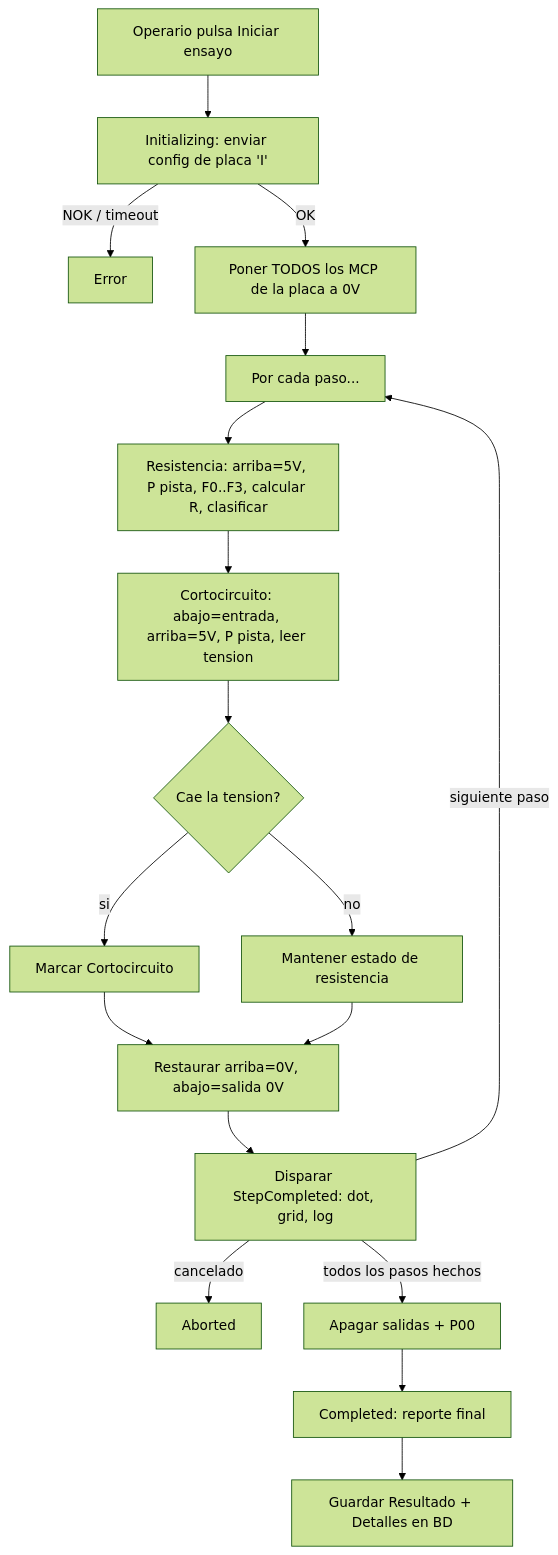
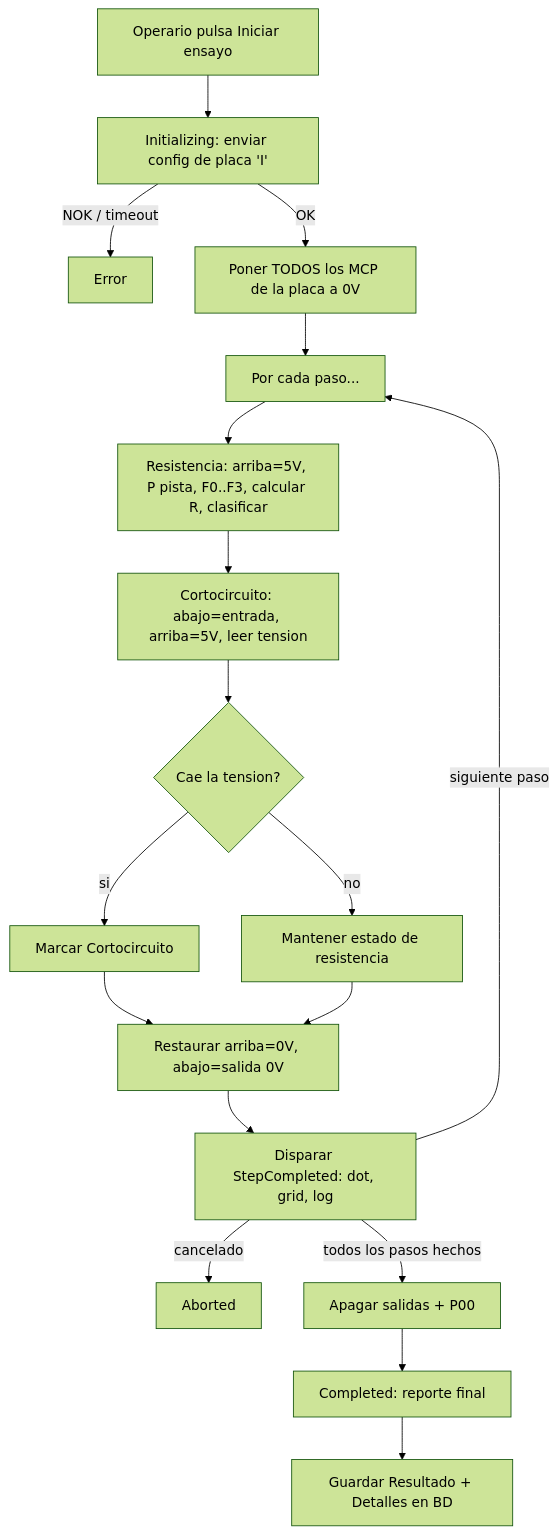
Before and after one commit to EuLantec/PC7866: the diagram in GUIA_MODO_AUTOMATICO.md, drawn with Mermaid (forest theme). The commit also changed other lines of this file and 3 other files, not shown here.

````diff
--- a/GUIA_MODO_AUTOMATICO.md
+++ b/GUIA_MODO_AUTOMATICO.md
@@ -140,20 +139,20 @@
 ```mermaid
 flowchart TD
     A[Operario pulsa Iniciar ensayo] --> B[Initializing: enviar config de placa 'I']
     B -->|NOK / timeout| E[Error]
     B -->|OK| INIT[Poner TODOS los MCP de la placa a 0V]
     INIT --> P0[Por cada paso...]
     P0 --> R1[Resistencia: arriba=5V, P pista, F0..F3, calcular R, clasificar]
-    R1 --> C1[Cortocircuito: abajo=entrada, arriba=5V, P pista, leer tension]
+    R1 --> C1[Cortocircuito: abajo=entrada, arriba=5V, leer tension]
     C1 --> C2{Cae la tension?}
     C2 -->|si| CORTO[Marcar Cortocircuito]
     C2 -->|no| KEEP[Mantener estado de resistencia]
     CORTO --> RESTORE[Restaurar arriba=0V, abajo=salida 0V]
     KEEP --> RESTORE
     RESTORE --> UI[Disparar StepCompleted: dot, grid, log]
     UI -->|siguiente paso| P0
     UI -->|cancelado| X[Aborted]
     UI -->|todos los pasos hechos| D[Apagar salidas + P00]
     D --> F[Completed: reporte final]
     F --> G[Guardar Resultado + Detalles en BD]
 ```
````
